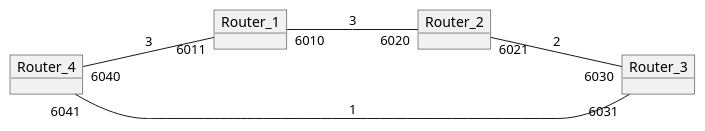
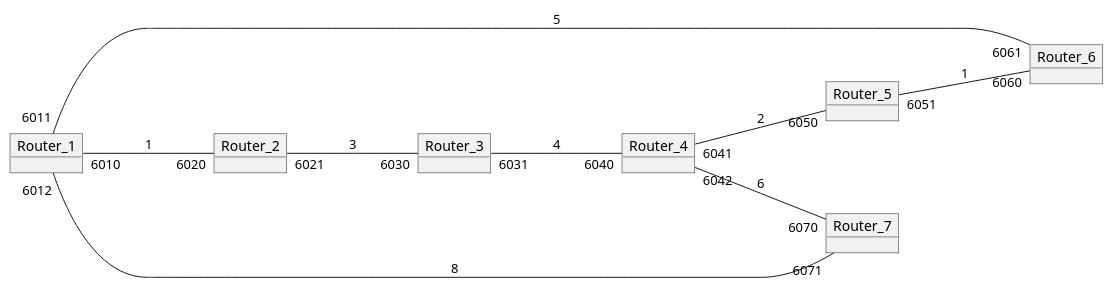
The diagram in network_topology.plantuml (mengsince1986/RIP_Router_Simulator), drawn with PlantUML before and after one commit. The commit also changed 15 other files, not shown here.

```diff
--- a/network_topology.plantuml
+++ b/network_topology.plantuml
@@ -1,13 +1,21 @@
 @startuml COSC364 RIP Network Topology
 left to right direction
 
 object Router_1
 object Router_2
 object Router_3
 object Router_4
+object Router_5
+object Router_6
+object Router_7
 
-Router_1 "6010" --- "6020" Router_2 : 3
-Router_2 "6021" --- "6030" Router_3 : 2
-Router_4 "6040" --- "6011" Router_1 : 3
-Router_4 "6041" --- "6031" Router_3 : 1
+Router_1 "6010" --- "6020" Router_2 : 1
+Router_2 "6021" --- "6030" Router_3 : 3
+Router_3 "6031" --- "6040" Router_4 : 4
+Router_4 "6041" --- "6050" Router_5 : 2
+Router_4 "6042" --- "6070" Router_7 : 6
+Router_5 "6051" --- "6060" Router_6 : 1
+Router_6 "6061" --- "6011" Router_1 : 5
+Router_7 "6071" --- "6012" Router_1 : 8
+
 @enduml
```
